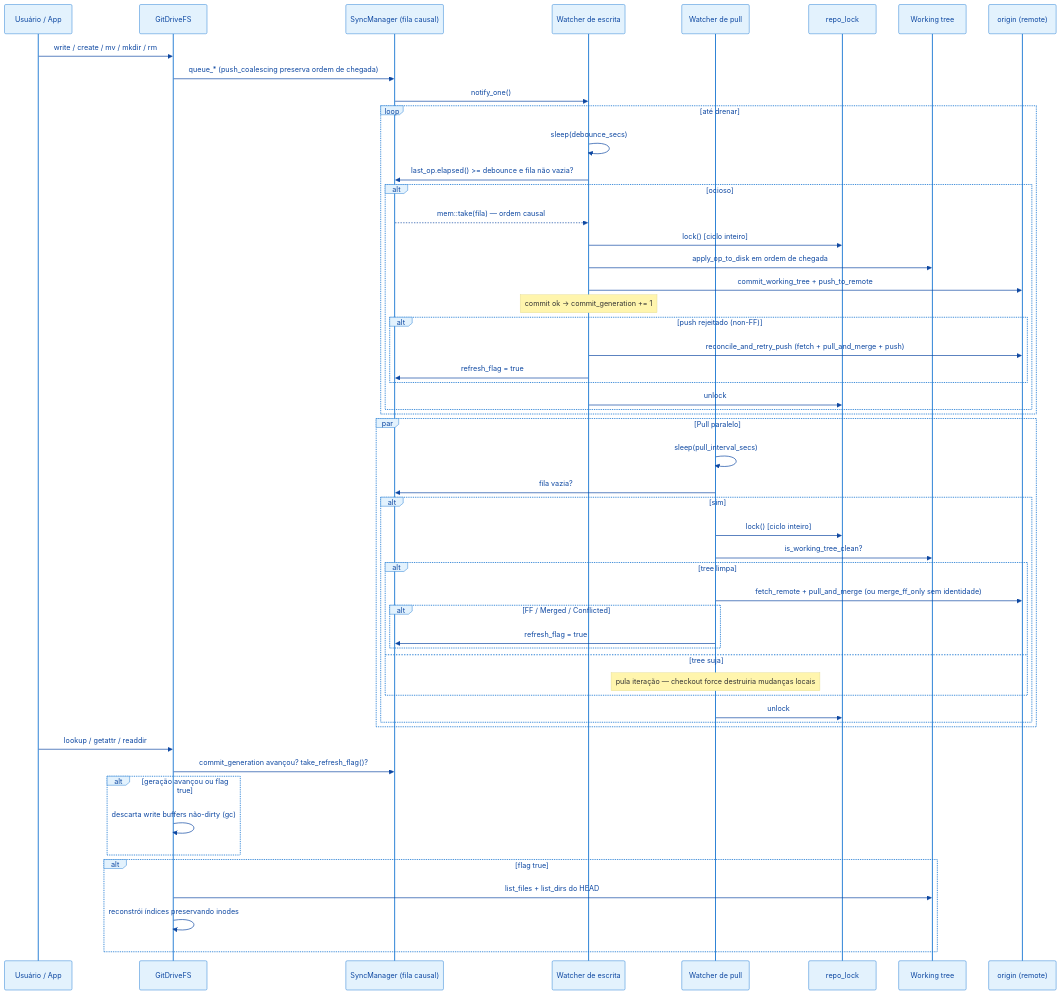
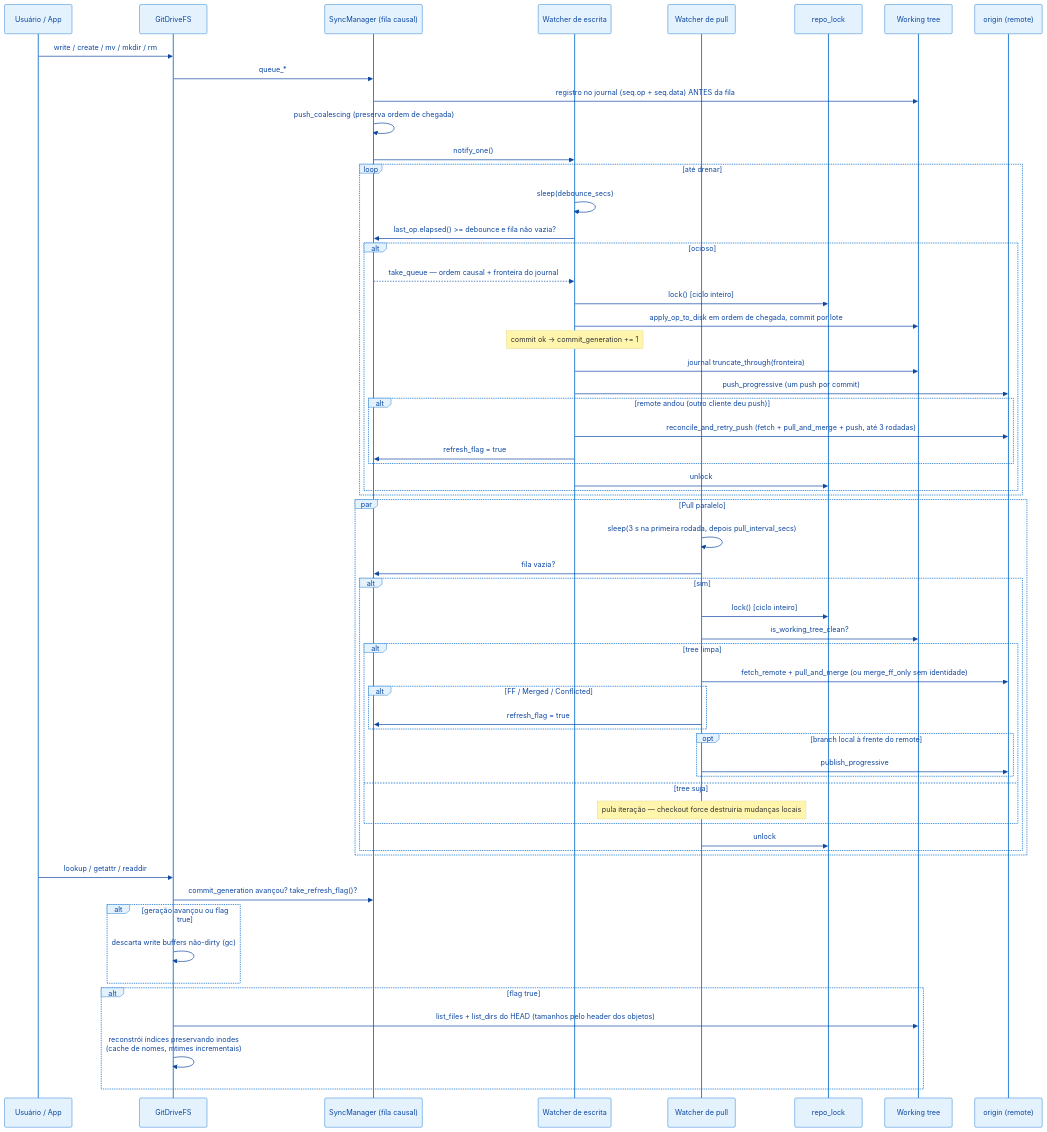
Before and after one commit to giacomeli/git-drive: the diagram in docs/pt-br/fluxo-de-sincronizacao.md, drawn with Mermaid. The commit also changed other lines of this file and 8 other files, not shown here.

````diff
--- a/docs/pt-br/fluxo-de-sincronizacao.md
+++ b/docs/pt-br/fluxo-de-sincronizacao.md
@@ -9,64 +9,70 @@
 ```mermaid
 %%{init: {'theme':'base','themeVariables':{'primaryColor':'#E3F2FD','primaryTextColor':'#0D47A1','primaryBorderColor':'#1976D2','lineColor':'#546E7A'}}}%%
 sequenceDiagram
     accTitle: Fluxo de sincronizacao do git-drive
     accDescr: Operacoes FUSE entram na fila causal; o watcher de debounce drena, aplica em disco, commita e faz push sob o lock de repo; o pull watcher busca mudancas remotas sob o mesmo lock, apenas com working tree limpo.
 
     participant User as Usuário / App
     participant FS as GitDriveFS
     participant Sync as SyncManager (fila causal)
     participant WW as Watcher de escrita
     participant PW as Watcher de pull
     participant Lock as repo_lock
     participant Disk as Working tree
     participant Origin as origin (remote)
 
     User->>FS: write / create / mv / mkdir / rm
-    FS->>Sync: queue_* (push_coalescing preserva ordem de chegada)
+    FS->>Sync: queue_*
+    Sync->>Disk: registro no journal (seq.op + seq.data) ANTES da fila
+    Sync->>Sync: push_coalescing (preserva ordem de chegada)
     Sync->>WW: notify_one()
 
     loop até drenar
         WW->>WW: sleep(debounce_secs)
         WW->>Sync: last_op.elapsed() >= debounce e fila não vazia?
         alt ocioso
-            Sync-->>WW: mem::take(fila) — ordem causal
+            Sync-->>WW: take_queue — ordem causal + fronteira do journal
             WW->>Lock: lock() [ciclo inteiro]
-            WW->>Disk: apply_op_to_disk em ordem de chegada
-            WW->>Origin: commit_working_tree + push_to_remote
+            WW->>Disk: apply_op_to_disk em ordem de chegada, commit por lote
             Note over WW: commit ok -> commit_generation += 1
-            alt push rejeitado (non-FF)
-                WW->>Origin: reconcile_and_retry_push (fetch + pull_and_merge + push)
+            WW->>Disk: journal truncate_through(fronteira)
+            WW->>Origin: push_progressive (um push por commit)
+            alt remote andou (outro cliente deu push)
+                WW->>Origin: reconcile_and_retry_push (fetch + pull_and_merge + push, até 3 rodadas)
                 WW->>Sync: refresh_flag = true
             end
             WW->>Lock: unlock
         end
     end
 
     par Pull paralelo
-        PW->>PW: sleep(pull_interval_secs)
+        PW->>PW: sleep(3 s na primeira rodada, depois pull_interval_secs)
         PW->>Sync: fila vazia?
         alt sim
             PW->>Lock: lock() [ciclo inteiro]
             PW->>Disk: is_working_tree_clean?
             alt tree limpa
                 PW->>Origin: fetch_remote + pull_and_merge (ou merge_ff_only sem identidade)
                 alt FF / Merged / Conflicted
                     PW->>Sync: refresh_flag = true
+                end
+                opt branch local à frente do remote
+                    PW->>Origin: publish_progressive
                 end
             else tree suja
                 Note over PW: pula iteração — checkout force destruiria mudanças locais
             end
             PW->>Lock: unlock
         end
     end
 
     User->>FS: lookup / getattr / readdir
     FS->>Sync: commit_generation avançou? take_refresh_flag()?
     alt geração avançou ou flag true
         FS->>FS: descarta write buffers não-dirty (gc)
     end
     alt flag true
-        FS->>Disk: list_files + list_dirs do HEAD
-        FS->>FS: reconstrói índices preservando inodes
+        FS->>Disk: list_files + list_dirs do HEAD (tamanhos pelo header dos objetos)
+        FS->>FS: reconstrói índices preservando inodes<br/>(cache de nomes, mtimes incrementais)
     end
 ```
````
